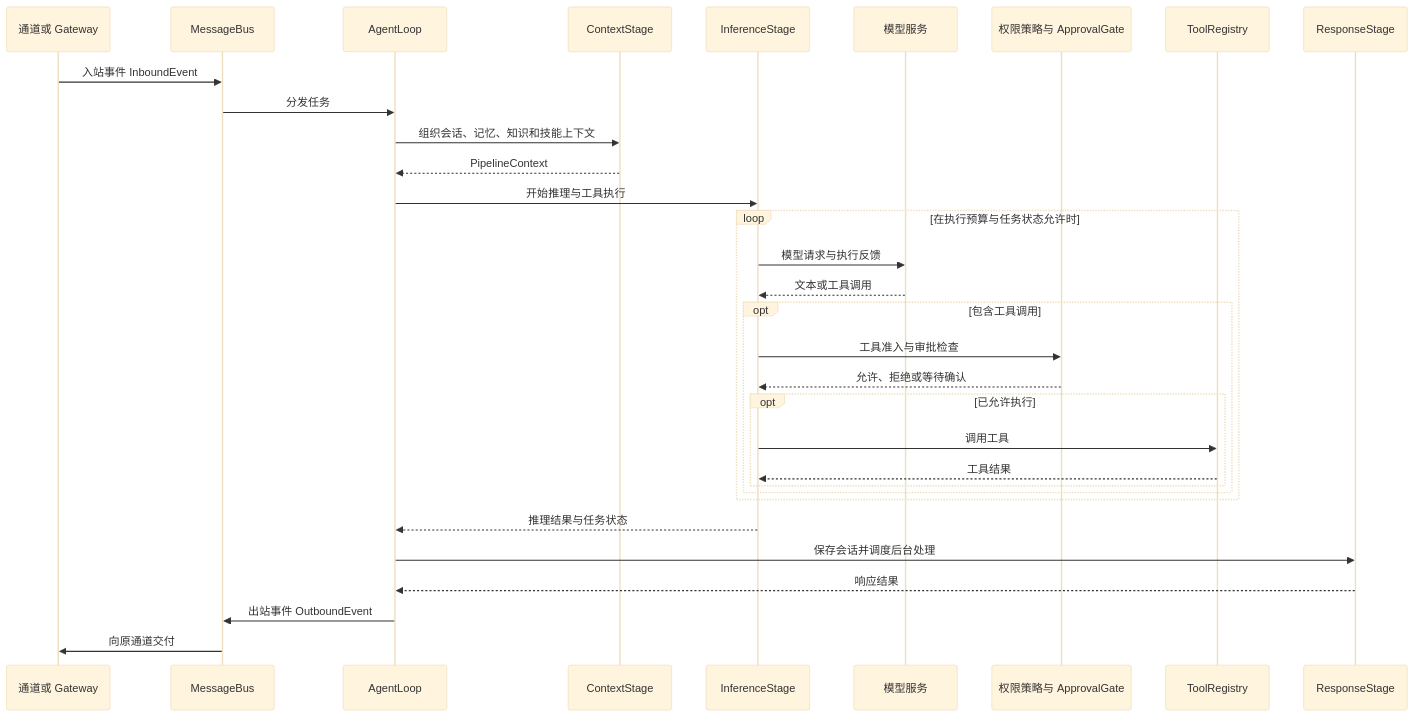
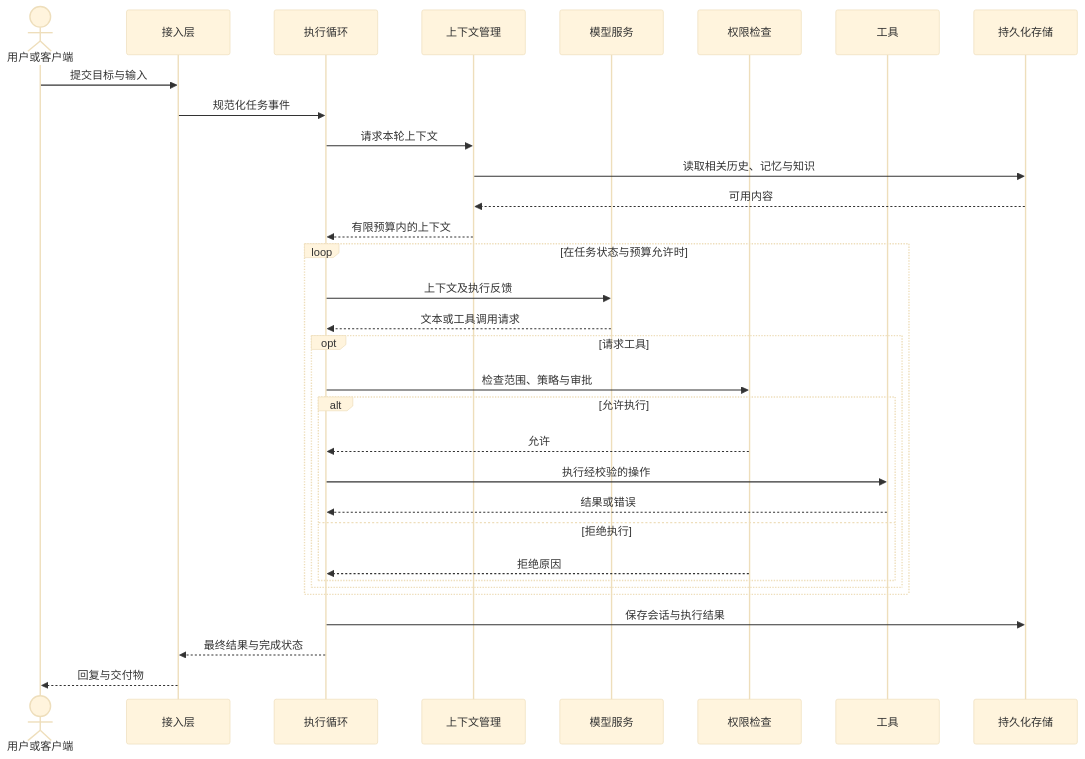
The diagram in docs/concepts/architecture.md (fuyuxiang/echo-agent), drawn with Mermaid (base theme) before and after one commit. The commit also changed other lines of this file and 201 other files, not shown here.

Commit message:
完善桌面端与运行时文档并规范架构流程图

````diff
--- a/docs/concepts/architecture.md
+++ b/docs/concepts/architecture.md
@@ -34,35 +40,34 @@
 ```mermaid
 sequenceDiagram
-    participant C as 通道或 Gateway
-    participant B as MessageBus
-    participant A as AgentLoop
-    participant X as ContextStage
-    participant I as InferenceStage
+    actor U as 用户或客户端
+    participant E as 接入层
+    participant A as 执行循环
+    participant C as 上下文管理
     participant M as 模型服务
-    participant P as 权限策略与 ApprovalGate
-    participant T as ToolRegistry
-    participant R as ResponseStage
-
-    C->>B: 入站事件 InboundEvent
-    B->>A: 分发任务
-    A->>X: 组织会话、记忆、知识和技能上下文
-    X-->>A: PipelineContext
-    A->>I: 开始推理与工具执行
-    loop 在执行预算与任务状态允许时
-        I->>M: 模型请求与执行反馈
-        M-->>I: 文本或工具调用
-        opt 包含工具调用
-            I->>P: 工具准入与审批检查
-            P-->>I: 允许、拒绝或等待确认
-            opt 已允许执行
-                I->>T: 调用工具
-                T-->>I: 工具结果
+    participant P as 权限检查
+    participant T as 工具
+    participant S as 持久化存储
+    U->>E: 提交目标与输入
+    E->>A: 规范化任务事件
+    A->>C: 请求本轮上下文
+    C->>S: 读取相关历史、记忆与知识
+    S-->>C: 可用内容
+    C-->>A: 有限预算内的上下文
+    loop 在任务状态与预算允许时
+        A->>M: 上下文及执行反馈
+        M-->>A: 文本或工具调用请求
+        opt 请求工具
+            A->>P: 检查范围、策略与审批
+            alt 允许执行
+                P-->>A: 允许
+                A->>T: 执行经校验的操作
+                T-->>A: 结果或错误
+            else 拒绝执行
+                P-->>A: 拒绝原因
             end
         end
     end
-    I-->>A: 推理结果与任务状态
-    A->>R: 保存会话并调度后台处理
-    R-->>A: 响应结果
-    A->>B: 出站事件 OutboundEvent
-    B->>C: 向原通道交付
+    A->>S: 保存会话与执行结果
+    A-->>E: 最终结果与完成状态
+    E-->>U: 回复与交付物
 ```
````
